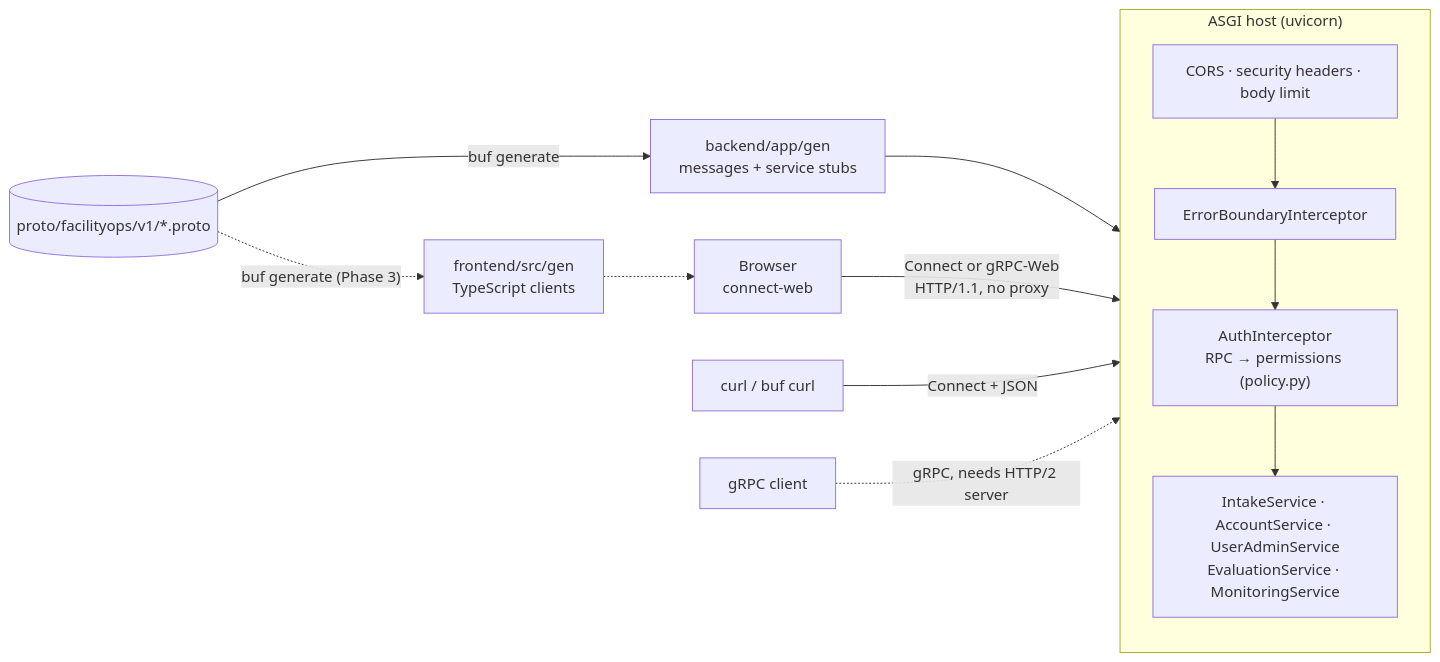
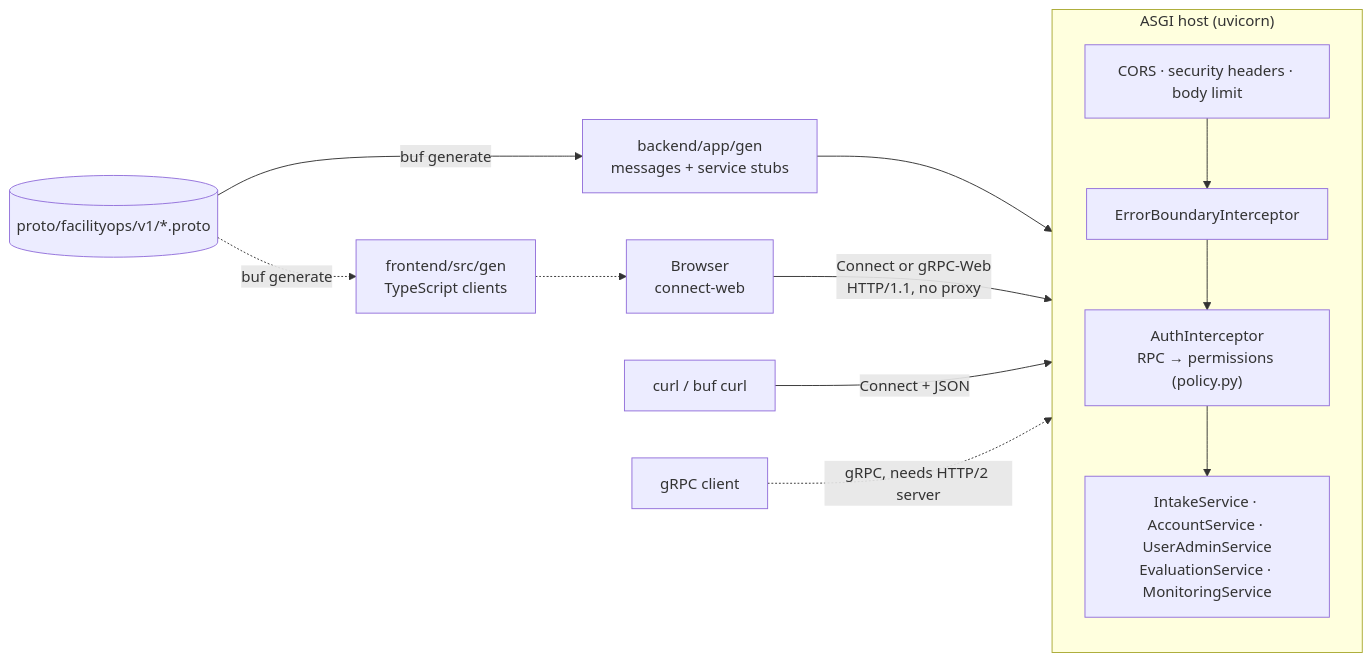
One commit to wasif1024/facilityops changed the third of 22 diagrams in docs/architecture.md. Above: the diagram before and after it, drawn with Mermaid. The commit also changed other lines of this file and 37 other files, not shown here.

````diff
--- a/docs/architecture.md
+++ b/docs/architecture.md
@@ -117,21 +117,21 @@
 ```mermaid
 flowchart LR
     proto[("proto/facilityops/v1/*.proto")]
     proto -- "buf generate" --> pygen["backend/app/gen<br/>messages + service stubs"]
-    proto -. "buf generate (Phase 3)" .-> tsgen["frontend/src/gen<br/>TypeScript clients"]
+    proto -. "buf generate" .-> tsgen["frontend/src/gen<br/>TypeScript clients"]
 
     browser["Browser<br/>connect-web"] -- "Connect or gRPC-Web<br/>HTTP/1.1, no proxy" --> host
     curl["curl / buf curl"] -- "Connect + JSON" --> host
     grpc["gRPC client"] -. "gRPC, needs HTTP/2 server" .-> host
 
     subgraph host["ASGI host (uvicorn)"]
         direction TB
         mw2["CORS · security headers · body limit"]
         eb["ErrorBoundaryInterceptor"]
         az["AuthInterceptor<br/>RPC → permissions (policy.py)"]
         svc["IntakeService · AccountService · UserAdminService<br/>EvaluationService · MonitoringService"]
         mw2 --> eb --> az --> svc
     end
     tsgen -.-> browser
     pygen --> svc
 ```
````
